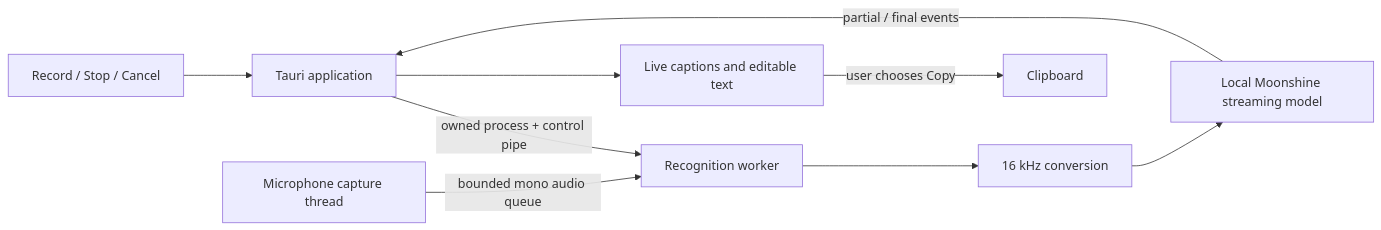
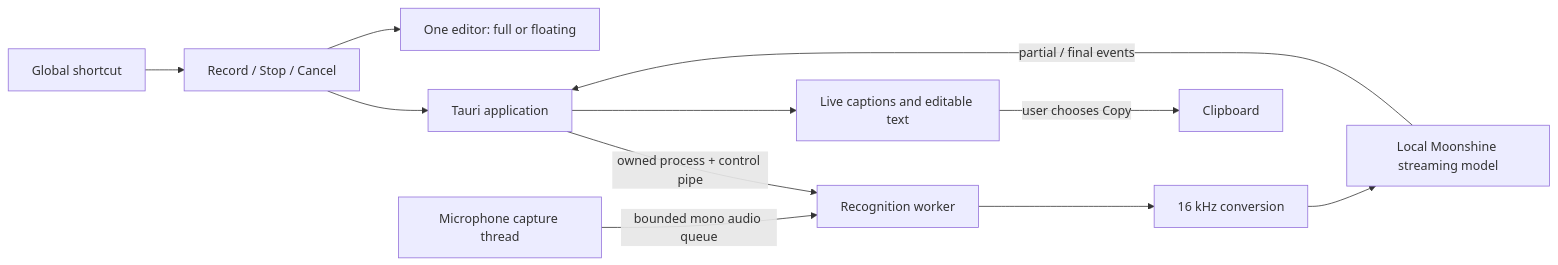
Before and after one commit to akashub/logia: the diagram in README.md, drawn with Mermaid. The commit also changed other lines of this file and 15 other files, not shown here.

Commit message:
Add persistent floating dictation window and global shortcut

````diff
--- a/README.md
+++ b/README.md
@@ -27,11 +31,13 @@
 ```mermaid
 flowchart LR
+    Shortcut[Global shortcut] --> UI
     UI[Record / Stop / Cancel] --> Parent[Tauri application]
+    UI --> View[One editor: full or floating]
     Parent -->|owned process + control pipe| Worker[Recognition worker]
     Mic[Microphone capture thread] -->|bounded mono audio queue| Worker
     Worker --> Resample[16 kHz conversion]
     Resample --> Model[Local Moonshine streaming model]
     Model -->|partial / final events| Parent
     Parent --> Caption[Live captions and editable text]
     Caption -->|user chooses Copy| Clipboard[Clipboard]
 ```
````
